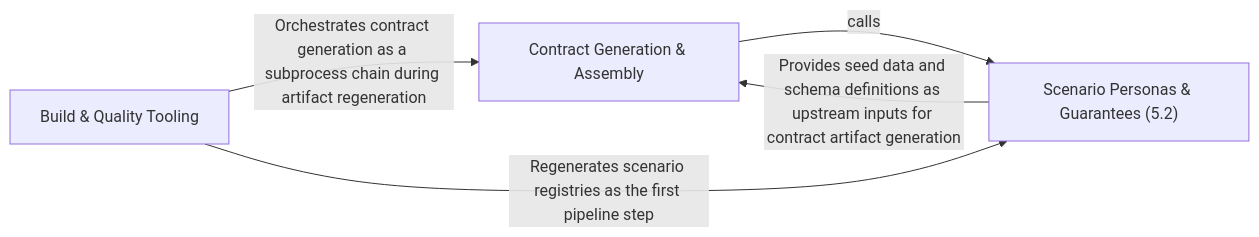
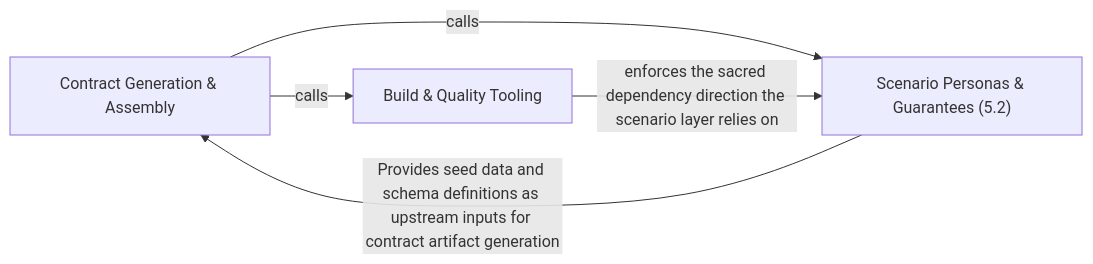
One commit to Guebbit/boilerplate-node-backend changed the diagram in .2brain/arch/Scenario_Personas_Guarantees.md. Above: the diagram before and after it, drawn with Mermaid. The commit also changed other lines of this file and 1102 other files, not shown here.

````diff
--- a/.2brain/arch/Scenario_Personas_Guarantees.md
+++ b/.2brain/arch/Scenario_Personas_Guarantees.md
@@ -10,13 +10,13 @@
 ```mermaid
 graph LR
     Contract_Generation_Assembly["Contract Generation & Assembly"]
     Scenario_Personas_Guarantees_5_2_["Scenario Personas & Guarantees (5.2)"]
     Build_Quality_Tooling["Build & Quality Tooling"]
     Contract_Generation_Assembly -- "calls" --> Scenario_Personas_Guarantees_5_2_
+    Contract_Generation_Assembly -- "calls" --> Build_Quality_Tooling
     Scenario_Personas_Guarantees_5_2_ -- "Provides seed data and schema definitions as upstream inputs for contract artifact generation" --> Contract_Generation_Assembly
-    Build_Quality_Tooling -- "Orchestrates contract generation as a subprocess chain during artifact regeneration" --> Contract_Generation_Assembly
-    Build_Quality_Tooling -- "Regenerates scenario registries as the first pipeline step" --> Scenario_Personas_Guarantees_5_2_
+    Build_Quality_Tooling -- "enforces the sacred dependency direction the scenario layer relies on" --> Scenario_Personas_Guarantees_5_2_
     click Contract_Generation_Assembly href "./Contract_Generation_Assembly.md" "Details"
     click Scenario_Personas_Guarantees_5_2_ href "./Scenario_Personas_Guarantees_5_2_.md" "Details"
     click Build_Quality_Tooling href "./Build_Quality_Tooling.md" "Details"
 ```
````
